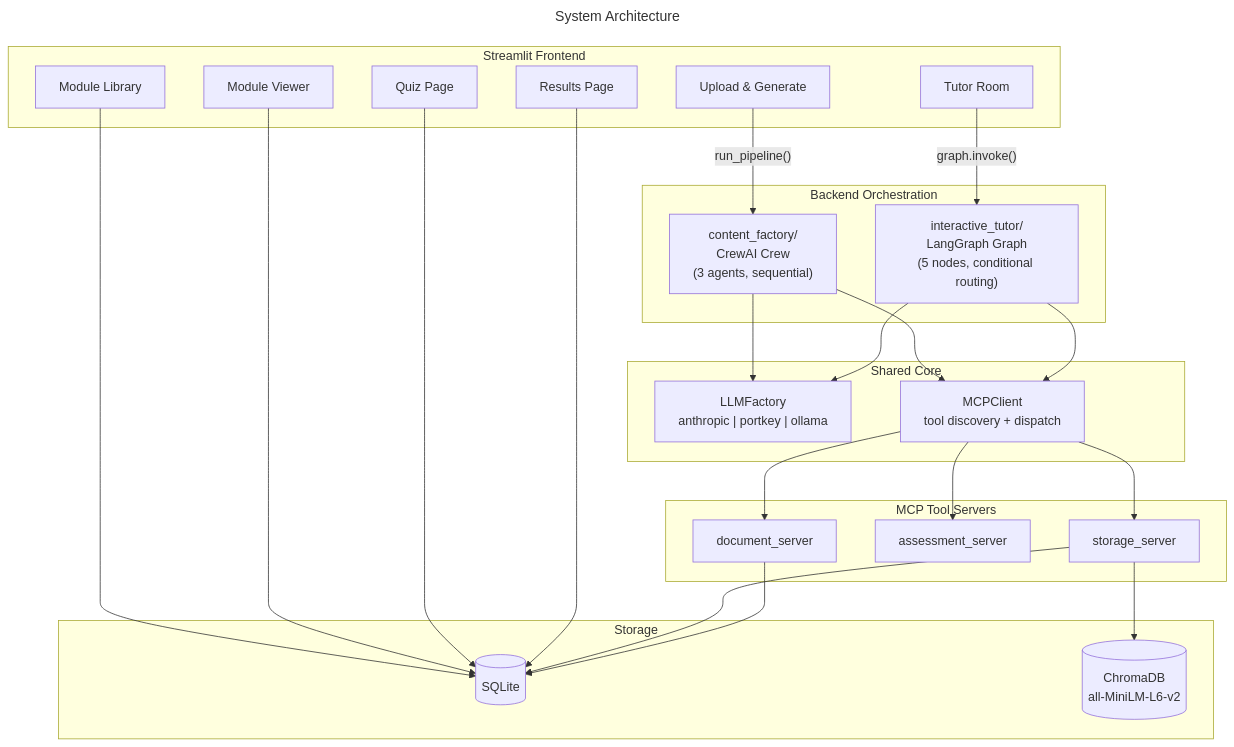
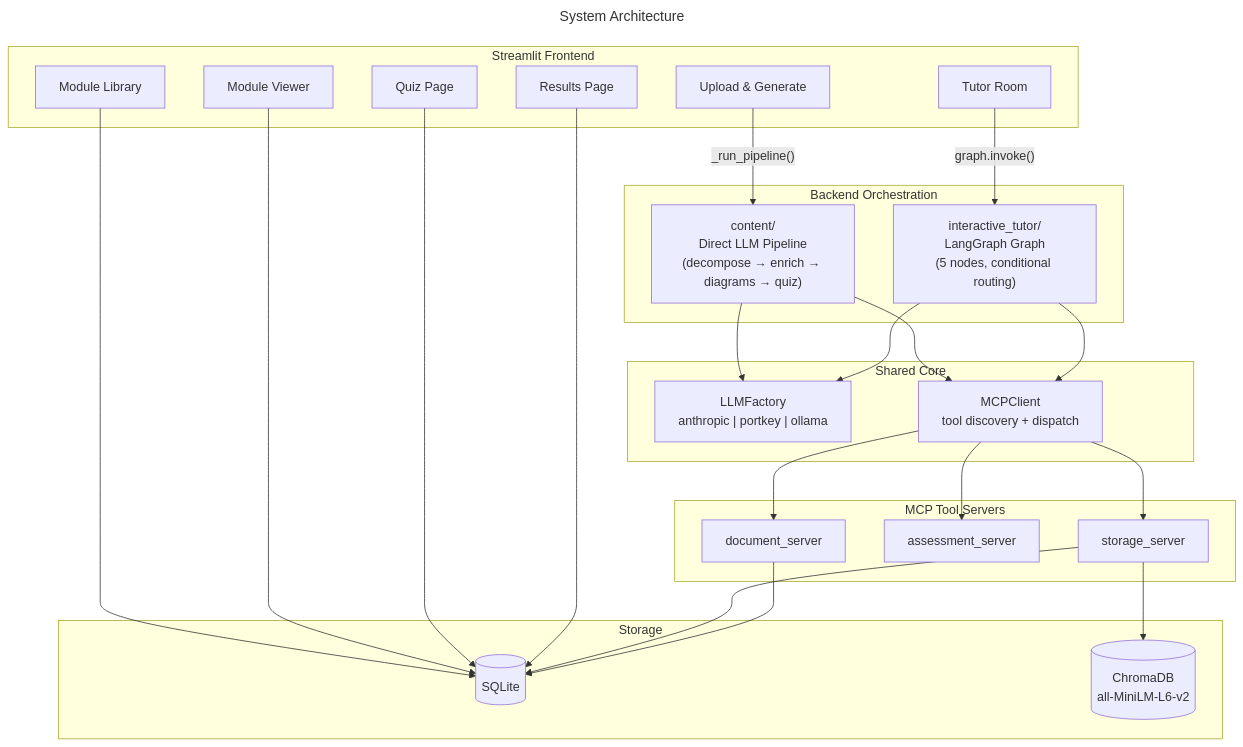
Before and after one commit to bijesh-p/deepl-ai-tutor: the first of 8 diagrams in ARCHITECTURE.md, drawn with Mermaid. The commit also changed other lines of this file and 17 other files, not shown here.

First line of the commit message:
[Phase 8] Remove CrewAI, keep direct LLM pipeline only

````diff
--- a/ARCHITECTURE.md
+++ b/ARCHITECTURE.md
@@ -12,45 +12,45 @@
 ```mermaid
 ---
 title: System Architecture
 ---
 flowchart TD
     subgraph Frontend["Streamlit Frontend"]
         UP[Upload & Generate]
         LIB[Module Library]
         LEARN[Module Viewer]
         QUIZ[Quiz Page]
         RES[Results Page]
         TUTOR[Tutor Room]
     end
 
     subgraph Orchestration["Backend Orchestration"]
-        CF["content_factory/\nCrewAI Crew\n(3 agents, sequential)"]
+        CF["content/\nDirect LLM Pipeline\n(decompose → enrich → diagrams → quiz)"]
         IT["interactive_tutor/\nLangGraph Graph\n(5 nodes, conditional routing)"]
     end
 
     subgraph Core["Shared Core"]
         LF["LLMFactory\nanthropic | portkey | ollama"]
         MC["MCPClient\ntool discovery + dispatch"]
     end
 
     subgraph MCP["MCP Tool Servers"]
         DS[document_server]
         AS[assessment_server]
         SS[storage_server]
     end
 
     subgraph Storage
         DB[(SQLite)]
         VDB[(ChromaDB\nall-MiniLM-L6-v2)]
     end
 
-    UP -->|"run_pipeline()"| CF
+    UP -->|"_run_pipeline()"| CF
     TUTOR -->|"graph.invoke()"| IT
     LIB & LEARN & QUIZ & RES --> DB
 
     CF --> MC & LF
     IT --> MC & LF
     MC --> DS & AS & SS
     SS --> DB & VDB
     DS --> DB
 ```
````
